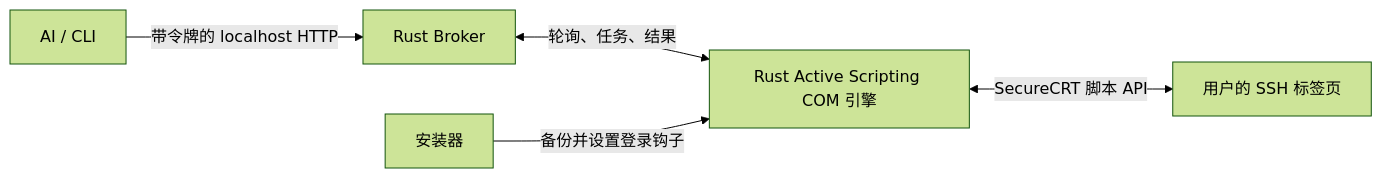
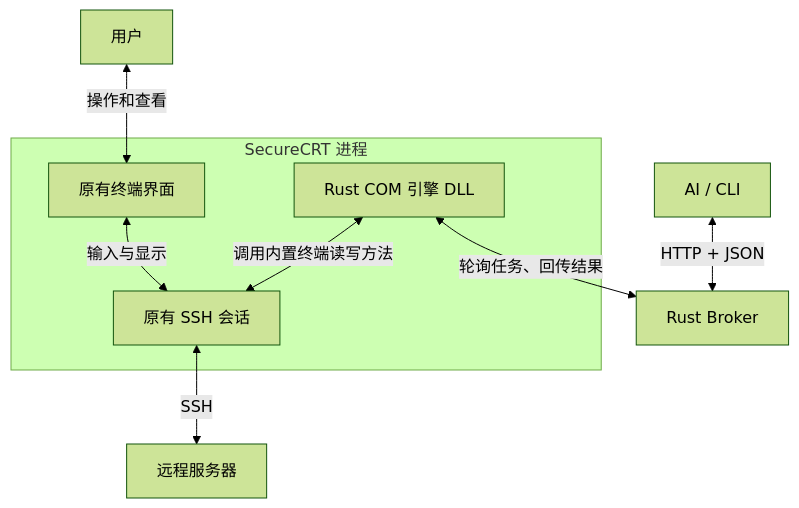
The diagram in README.md (LinHuiG/securecrt-bridge), drawn with Mermaid (forest theme) before and after one commit. The commit also changed other lines of this file and 10 other files, not shown here.

````diff
--- a/README.md
+++ b/README.md
@@ -52,7 +73,14 @@
 ```mermaid
-flowchart LR
-    A["AI / CLI"] -->|"带令牌的 localhost HTTP"| B["Rust Broker"]
-    B <-->|"轮询、任务、结果"| C["Rust Active Scripting COM 引擎"]
-    C <-->|"SecureCRT 脚本 API"| D["用户的 SSH 标签页"]
-    E["安装器"] -->|"备份并设置登录钩子"| C
+flowchart TB
+    U["用户"] <-->|"操作和查看"| UI
+    subgraph CRT["SecureCRT 进程"]
+        UI["原有终端界面"]
+        T["原有 SSH 会话"]
+        D["Rust COM 引擎 DLL"]
+        UI <-->|"输入与显示"| T
+        D <-->|"调用内置终端读写方法"| T
+    end
+    T <-->|"SSH"| S["远程服务器"]
+    A["AI / CLI"] <-->|"HTTP + JSON"| B["Rust Broker"]
+    D <-->|"轮询任务、回传结果"| B
 ```
````
